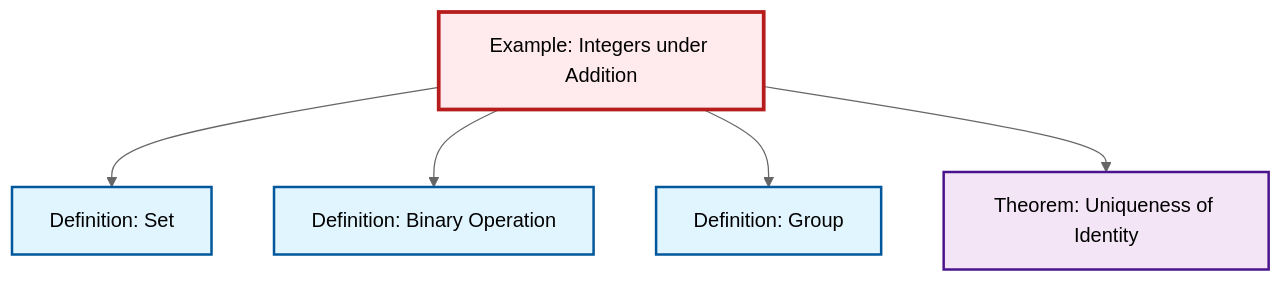
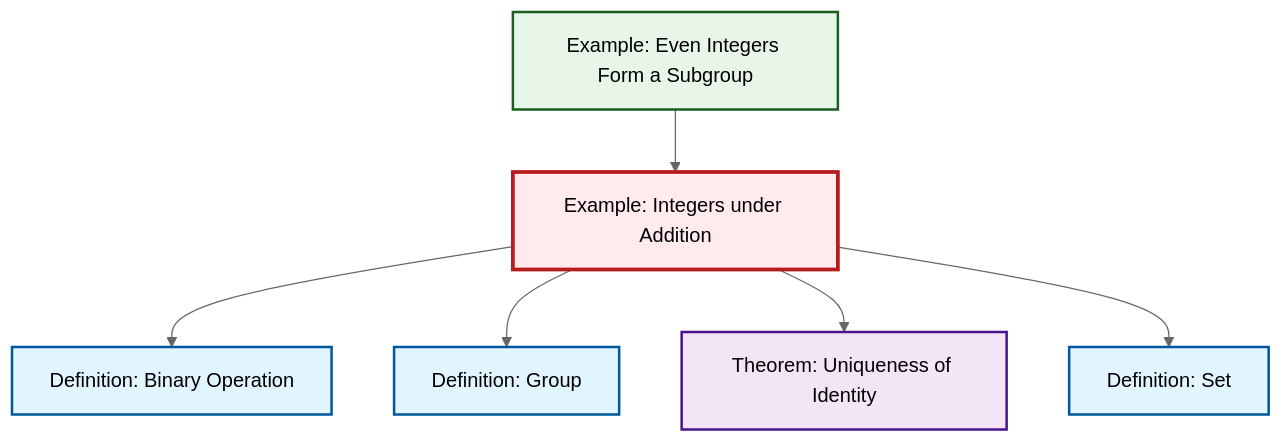
Before and after one commit to RK0429/ModernMath: the diagram in output/mermaid/ex-integers-addition.mermaid, drawn with Mermaid (neutral theme). The commit also changed 84 other files, not shown here.

````diff
--- a/output/mermaid/ex-integers-addition.mermaid
+++ b/output/mermaid/ex-integers-addition.mermaid
@@ -1,19 +1,21 @@
 ```{mermaid}
 %%| fig-cap: "Local dependency graph"
 graph TD
     classDef definition fill:#e1f5fe,stroke:#01579b,stroke-width:2px
     classDef theorem fill:#f3e5f5,stroke:#4a148c,stroke-width:2px
     classDef axiom fill:#fff3e0,stroke:#e65100,stroke-width:2px
     classDef example fill:#e8f5e9,stroke:#1b5e20,stroke-width:2px
     classDef current fill:#ffebee,stroke:#b71c1c,stroke-width:3px
+    ex-even-integers-subgroup["Example: Even Integers Form a Subgroup"]:::example
+    ex-integers-addition["Example: Integers under Addition"]:::example
     thm-unique-identity["Theorem: Uniqueness of Identity"]:::theorem
+    def-binary-operation["Definition: Binary Operation"]:::definition
+    def-set["Definition: Set"]:::definition
     def-group["Definition: Group"]:::definition
-    def-set["Definition: Set"]:::definition
-    def-binary-operation["Definition: Binary Operation"]:::definition
-    ex-integers-addition["Example: Integers under Addition"]:::example
-    ex-integers-addition --> def-set
     ex-integers-addition --> def-binary-operation
+    ex-even-integers-subgroup --> ex-integers-addition
     ex-integers-addition --> def-group
     ex-integers-addition --> thm-unique-identity
+    ex-integers-addition --> def-set
     class ex-integers-addition current
 ```
````
